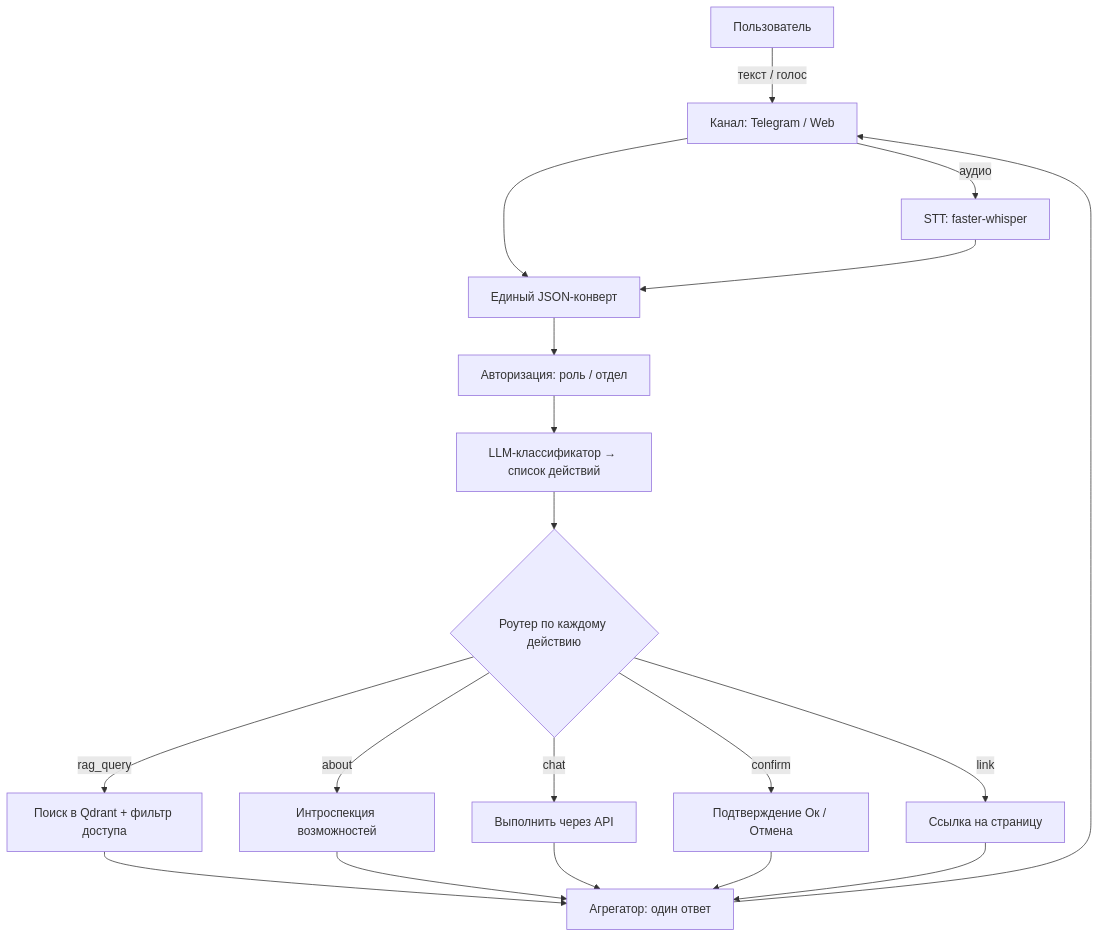
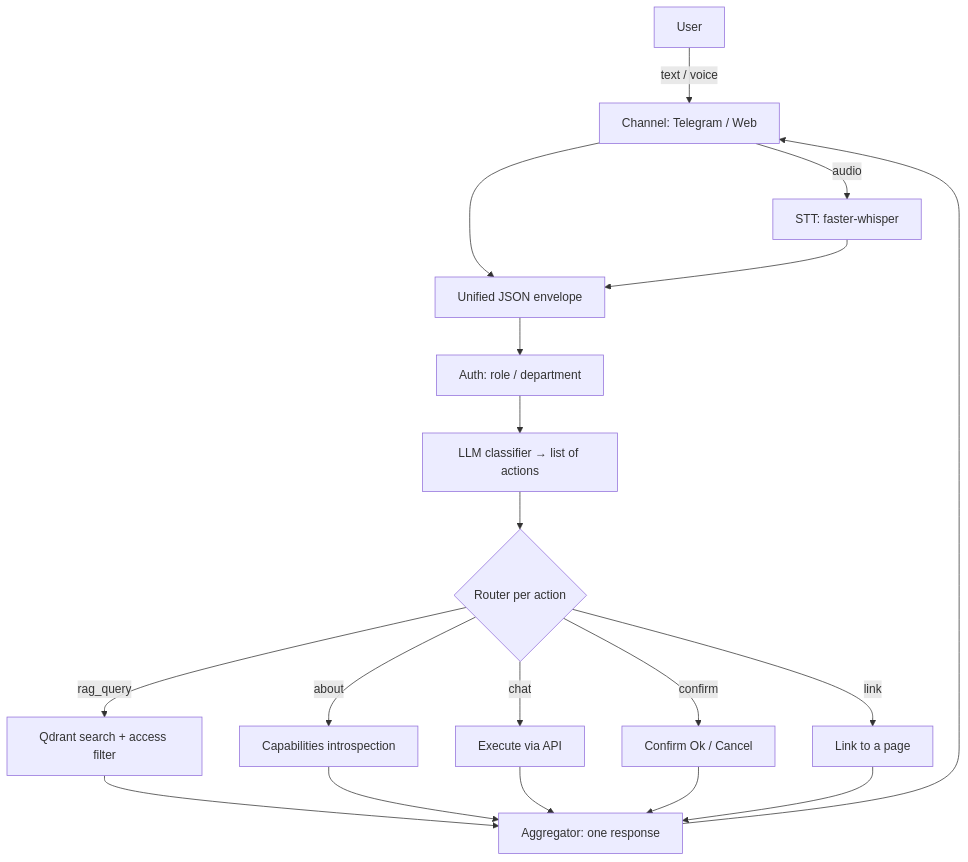
Before and after one commit to japanes/onbo: the diagram in README.md, drawn with Mermaid. The commit also changed other lines of this file and 55 other files, not shown here.

````diff
--- a/README.md
+++ b/README.md
@@ -25,21 +27,21 @@
 ```mermaid
 flowchart TD
-    U[Пользователь] -->|текст / голос| CH[Канал: Telegram / Web]
-    CH -->|аудио| STT[STT: faster-whisper]
-    CH --> ENV[Единый JSON-конверт]
+    U[User] -->|text / voice| CH[Channel: Telegram / Web]
+    CH -->|audio| STT[STT: faster-whisper]
+    CH --> ENV[Unified JSON envelope]
     STT --> ENV
-    ENV --> AUTH[Авторизация: роль / отдел]
-    AUTH --> CLS[LLM-классификатор → список действий]
-    CLS --> R{Роутер по каждому действию}
-    R -->|rag_query| RAG[Поиск в Qdrant + фильтр доступа]
-    R -->|about| ABOUT[Интроспекция возможностей]
-    R -->|chat| ACT[Выполнить через API]
-    R -->|confirm| CFM[Подтверждение Ок / Отмена]
-    R -->|link| LNK[Ссылка на страницу]
-    RAG --> AGG[Агрегатор: один ответ]
+    ENV --> AUTH[Auth: role / department]
+    AUTH --> CLS[LLM classifier → list of actions]
+    CLS --> R{Router per action}
+    R -->|rag_query| RAG[Qdrant search + access filter]
+    R -->|about| ABOUT[Capabilities introspection]
+    R -->|chat| ACT[Execute via API]
+    R -->|confirm| CFM[Confirm Ok / Cancel]
+    R -->|link| LNK[Link to a page]
+    RAG --> AGG[Aggregator: one response]
     ABOUT --> AGG
     ACT --> AGG
     CFM --> AGG
     LNK --> AGG
     AGG --> CH
 ```
````
